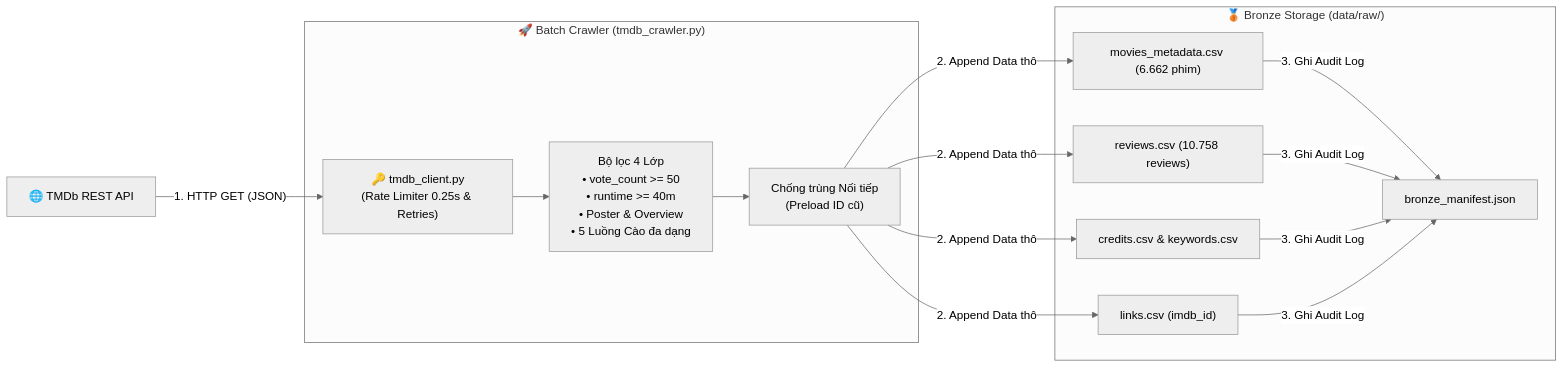
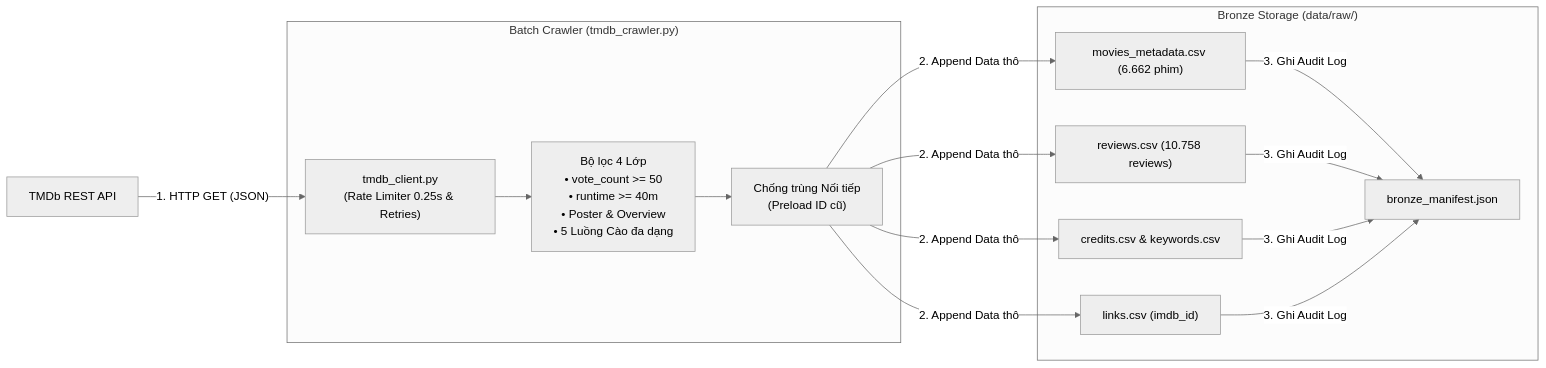
Before and after one commit to tuanh250105/movie-data-platform: the second of 5 diagrams in docs/so_do_kien_truc_chi_tiet.md, drawn with Mermaid (neutral theme). The commit also changed other lines of this file, not shown here.

Commit message:
docs: Remove all emojis and icons from architecture diagrams

````diff
--- a/docs/so_do_kien_truc_chi_tiet.md
+++ b/docs/so_do_kien_truc_chi_tiet.md
@@ -73,20 +73,20 @@
 ```mermaid
 flowchart LR
-    TMDB["🌐 TMDb REST API"] -->|"1. HTTP GET (JSON)"| Client["🔑 tmdb_client.py<br/>(Rate Limiter 0.25s & Retries)"]
+    TMDB["TMDb REST API"] -->|"1. HTTP GET (JSON)"| Client["tmdb_client.py<br/>(Rate Limiter 0.25s & Retries)"]
     
-    subgraph Crawler_Box ["🚀 Batch Crawler (tmdb_crawler.py)"]
+    subgraph Crawler_Box ["Batch Crawler (tmdb_crawler.py)"]
         Client --> Filter["Bộ lọc 4 Lớp<br/>• vote_count >= 50<br/>• runtime >= 40m<br/>• Poster & Overview<br/>• 5 Luồng Cào đa dạng"]
         Filter --> Incremental["Chống trùng Nối tiếp<br/>(Preload ID cũ)"]
     end
 
-    subgraph Bronze_Store ["🥉 Bronze Storage (data/raw/)"]
+    subgraph Bronze_Store ["Bronze Storage (data/raw/)"]
         M["movies_metadata.csv (6.662 phim)"]
         R["reviews.csv (10.758 reviews)"]
         C["credits.csv & keywords.csv"]
         L["links.csv (imdb_id)"]
         Log["bronze_manifest.json"]
     end
 
     Incremental -->|"2. Append Data thô"| M & R & C & L
     M & R & C & L -->|"3. Ghi Audit Log"| Log
 ```
````
